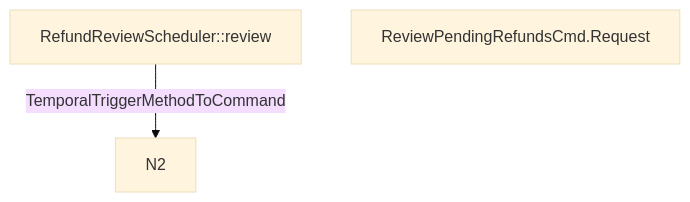
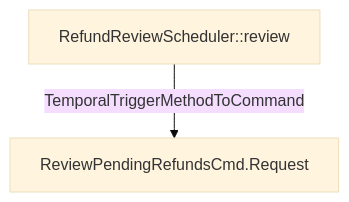
Before and after one commit to LDmoxeii/cap4k-reference-payment: the diagram in flows/com_only4_cap4k_reference_payment_adapter_start_RefundReviewScheduler_review.mmd, drawn with Mermaid (base theme). The commit also changed other lines of this file and 90 other files, not shown here.

```diff
--- a/flows/com_only4_cap4k_reference_payment_adapter_start_RefundReviewScheduler_review.mmd
+++ b/flows/com_only4_cap4k_reference_payment_adapter_start_RefundReviewScheduler_review.mmd
@@ -1,4 +1,4 @@
 flowchart TD
   N1["RefundReviewScheduler::review"]
   N2["ReviewPendingRefundsCmd.Request"]
-  N1 -->|TemporalTriggerMethodToCommand| N2\n
+  N1 -->|TemporalTriggerMethodToCommand| N2
```
